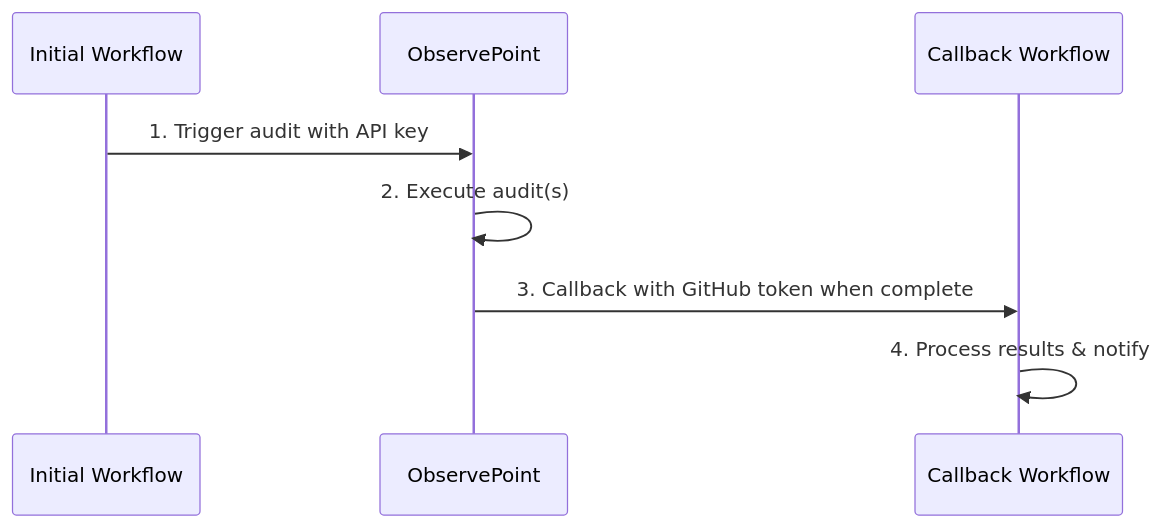
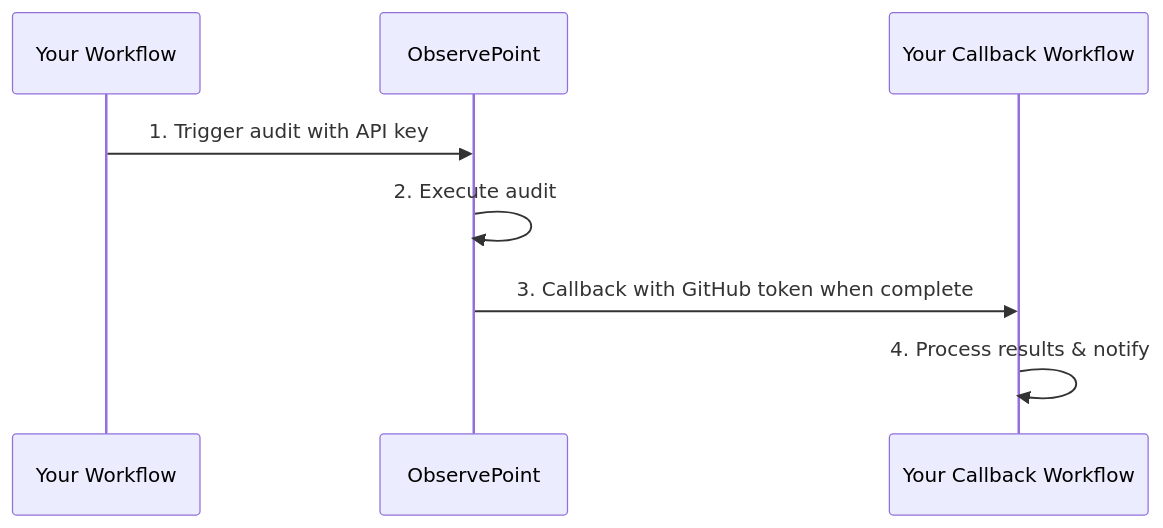
Before and after one commit to observepoint/github-actions-integration: the diagram in README.md, drawn with Mermaid.

Commit message:
Update README.md
Change the terms on the mermaid diagram to be a little more customer-centric ("your workflow")

````diff
--- a/README.md
+++ b/README.md
@@ -15,11 +15,11 @@
 ```mermaid
 sequenceDiagram
-    participant GH as Initial Workflow
+    participant GH as Your Workflow
     participant OP as ObservePoint
-    participant CB as Callback Workflow
+    participant CB as Your Callback Workflow
     
     GH->>OP: 1. Trigger audit with API key
-    OP->>OP: 2. Execute audit(s)
+    OP->>OP: 2. Execute audit
     OP->>CB: 3. Callback with GitHub token when complete
     CB->>CB: 4. Process results & notify
 ```
````
